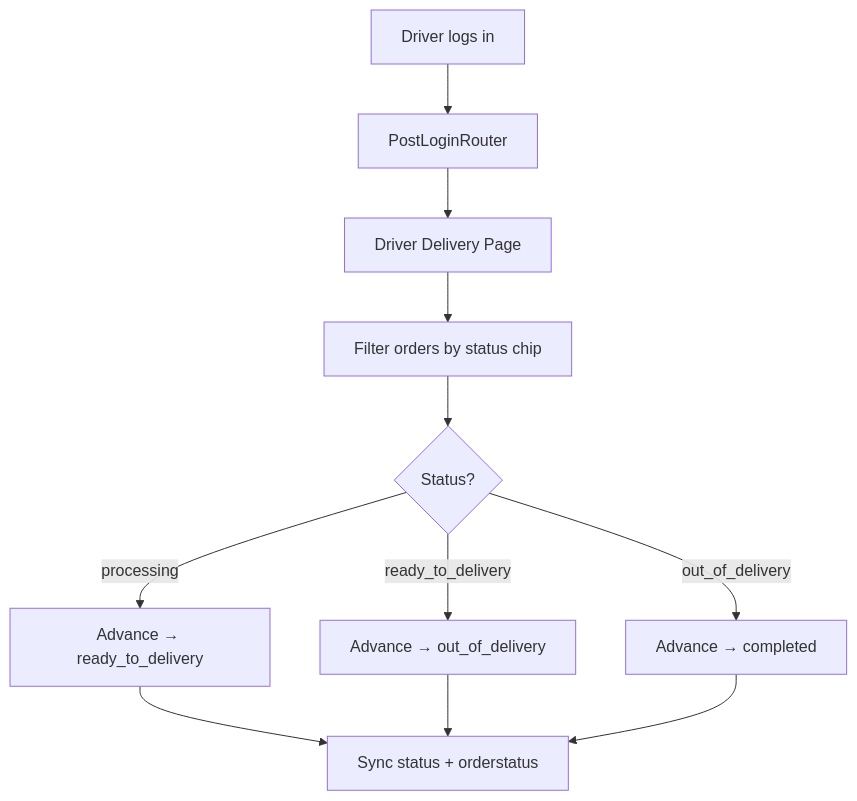
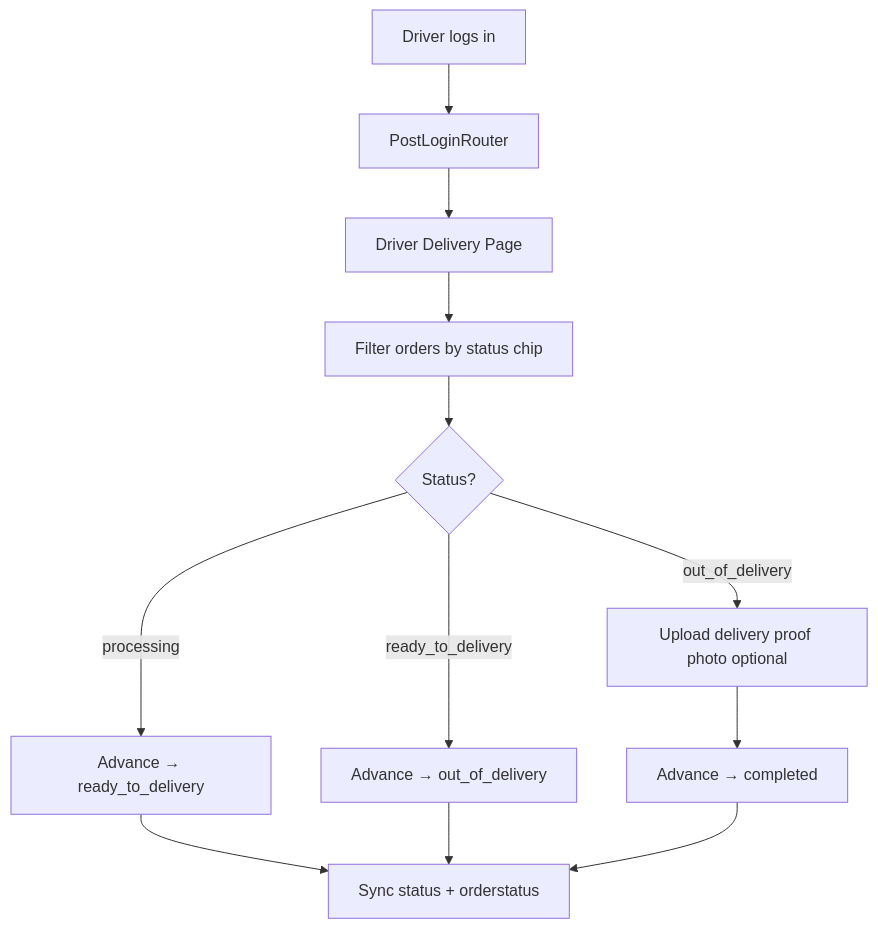
Before and after one commit to kahliantoo-rgb/tfg_vday: the seventh of 11 diagrams in docs/WORKFLOW.md, drawn with Mermaid. The commit also changed other lines of this file and 182 other files, not shown here.

````diff
--- a/docs/WORKFLOW.md
+++ b/docs/WORKFLOW.md
@@ -272,13 +291,14 @@
 ```mermaid
 flowchart TD
     A[Driver logs in] --> B[PostLoginRouter]
     B --> C[Driver Delivery Page]
     C --> D[Filter orders by status chip]
     D --> E{Status?}
     E -->|processing| F[Advance → ready_to_delivery]
     E -->|ready_to_delivery| G[Advance → out_of_delivery]
-    E -->|out_of_delivery| H[Advance → completed]
-    F --> I[Sync status + orderstatus]
-    G --> I
-    H --> I
+    E -->|out_of_delivery| H[Upload delivery proof photo optional]
+    H --> I[Advance → completed]
+    F --> J[Sync status + orderstatus]
+    G --> J
+    I --> J
 ```
````
